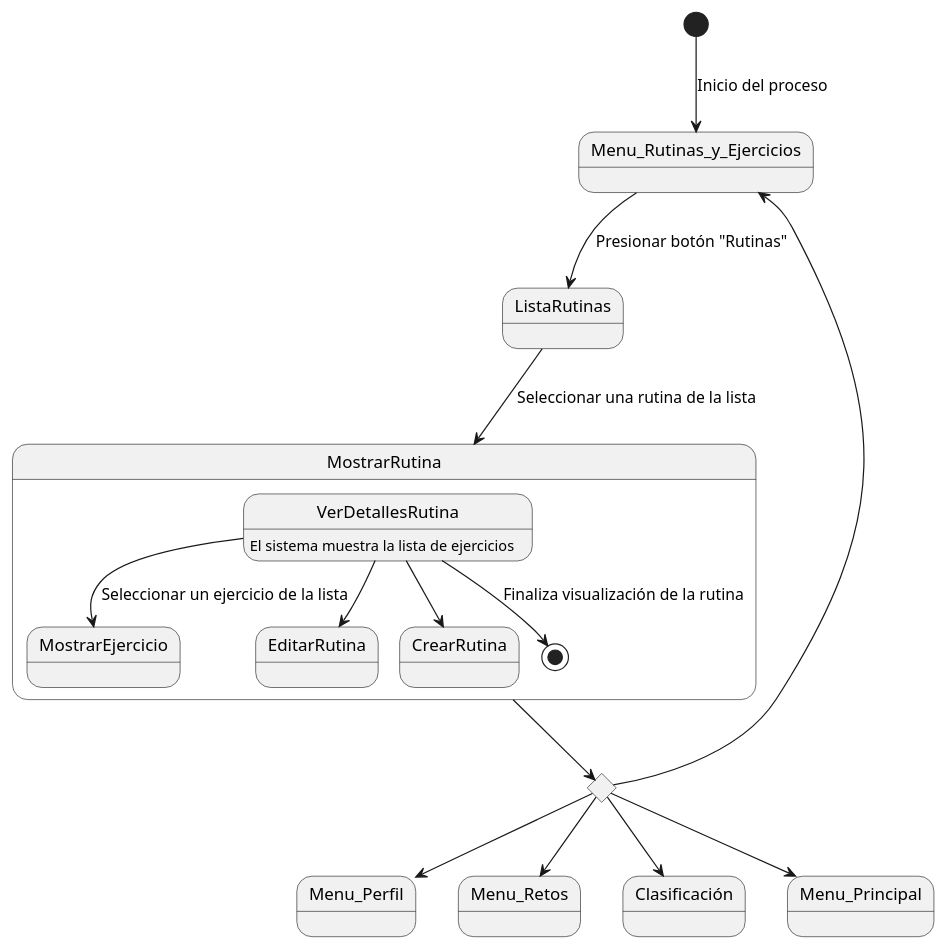
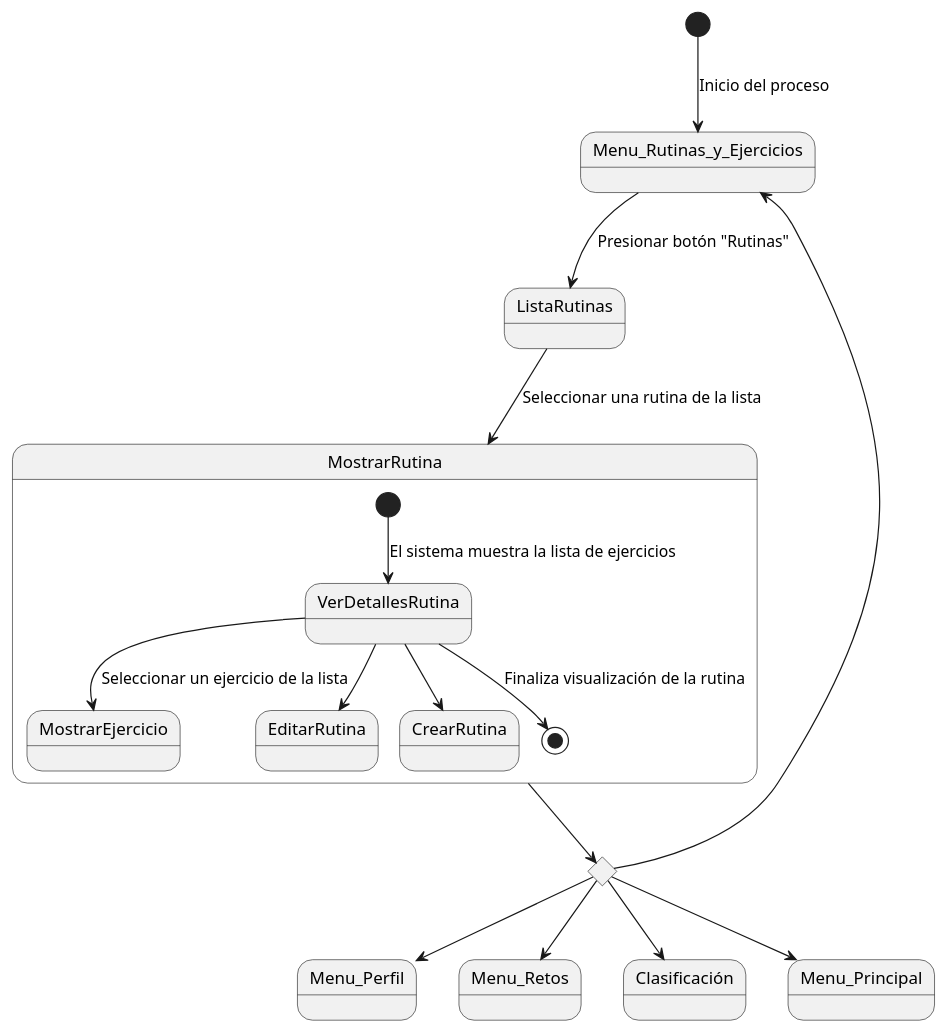
Before and after one commit to mmasias/24-25-IdSw1-SDR: the diagram in Documentos/DetallarCasosDeUso/Profesor/MostrarRutina.puml, drawn with PlantUML.

```diff
--- a/Documentos/DetallarCasosDeUso/Profesor/MostrarRutina.puml
+++ b/Documentos/DetallarCasosDeUso/Profesor/MostrarRutina.puml
@@ -1,21 +1,21 @@
 @startuml
 [*] --> Menu_Rutinas_y_Ejercicios : Inicio del proceso
 state rombo <<choice>>
 rombo --> Menu_Perfil
 rombo --> Menu_Retos
 rombo --> Clasificación
 rombo --> Menu_Rutinas_y_Ejercicios
 rombo --> Menu_Principal
 
 Menu_Rutinas_y_Ejercicios --> ListaRutinas : Presionar botón "Rutinas"
 ListaRutinas --> MostrarRutina : Seleccionar una rutina de la lista
 MostrarRutina --> rombo
 
 state MostrarRutina {
-  VerDetallesRutina : El sistema muestra la lista de ejercicios
+ [*] --> VerDetallesRutina : El sistema muestra la lista de ejercicios
   VerDetallesRutina --> MostrarEjercicio : Seleccionar un ejercicio de la lista
   VerDetallesRutina --> EditarRutina
   VerDetallesRutina --> CrearRutina
   VerDetallesRutina --> [*] : Finaliza visualización de la rutina
 }
 @enduml
```
